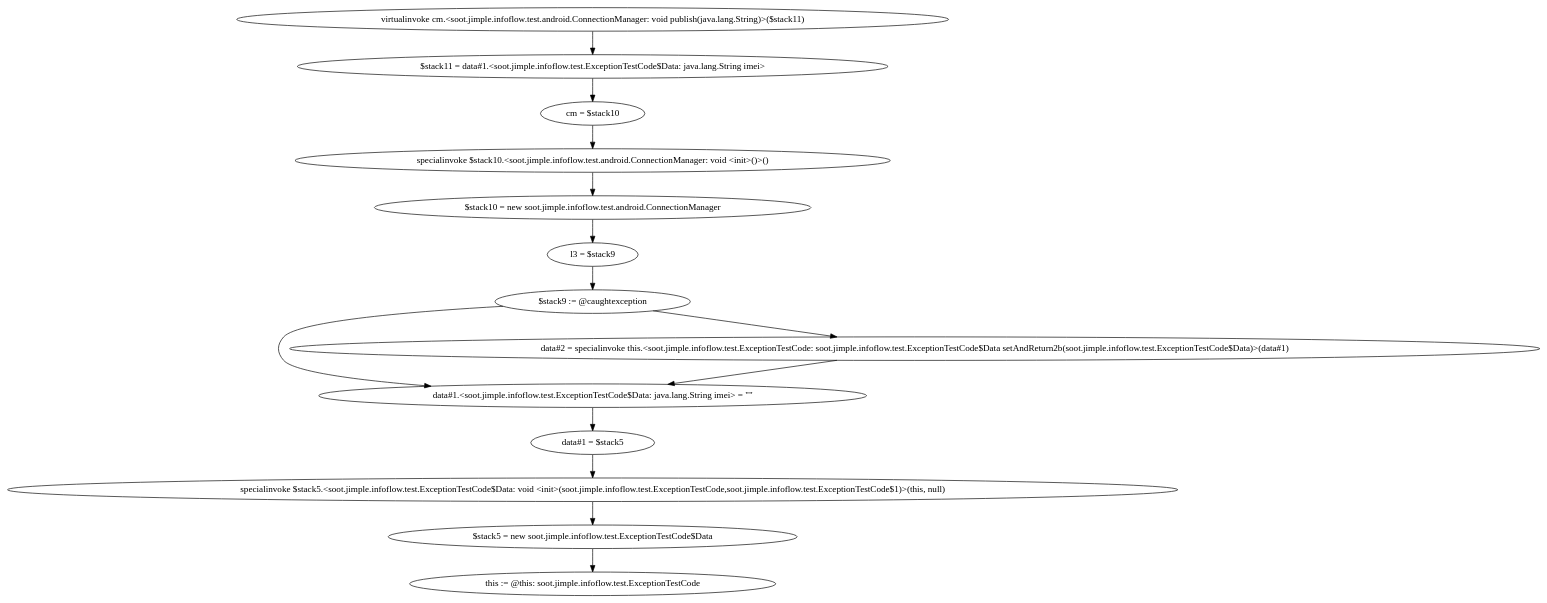
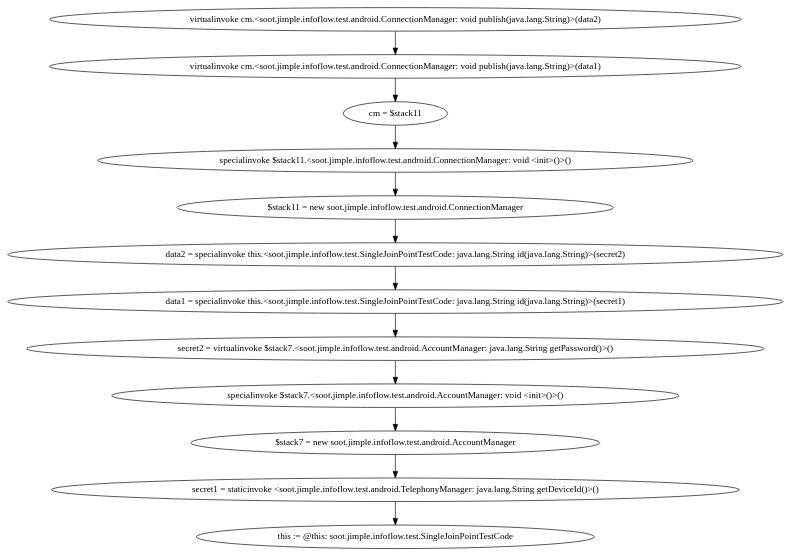
One commit to t1mlange/FlowDroid changed the diagram in soot-infoflow/dotfiles/1.dot. Above: the diagram before and after it, drawn with Graphviz. The commit also changed 11 other files, not shown here.

```diff
--- a/soot-infoflow/dotfiles/1.dot
+++ b/soot-infoflow/dotfiles/1.dot
@@ -1,28 +1,25 @@
 digraph "" {
-    "virtualinvoke cm.<soot.jimple.infoflow.test.android.ConnectionManager: void publish(java.lang.String)>($stack11)"
-    "$stack11 = data#1.<soot.jimple.infoflow.test.ExceptionTestCode$Data: java.lang.String imei>"
-    "virtualinvoke cm.<soot.jimple.infoflow.test.android.ConnectionManager: void publish(java.lang.String)>($stack11)"->"$stack11 = data#1.<soot.jimple.infoflow.test.ExceptionTestCode$Data: java.lang.String imei>";
-    "cm = $stack10"
-    "$stack11 = data#1.<soot.jimple.infoflow.test.ExceptionTestCode$Data: java.lang.String imei>"->"cm = $stack10";
-    "specialinvoke $stack10.<soot.jimple.infoflow.test.android.ConnectionManager: void <init>()>()"
-    "cm = $stack10"->"specialinvoke $stack10.<soot.jimple.infoflow.test.android.ConnectionManager: void <init>()>()";
-    "$stack10 = new soot.jimple.infoflow.test.android.ConnectionManager"
-    "specialinvoke $stack10.<soot.jimple.infoflow.test.android.ConnectionManager: void <init>()>()"->"$stack10 = new soot.jimple.infoflow.test.android.ConnectionManager";
-    "l3 = $stack9"
-    "$stack10 = new soot.jimple.infoflow.test.android.ConnectionManager"->"l3 = $stack9";
-    "$stack9 := @caughtexception"
-    "l3 = $stack9"->"$stack9 := @caughtexception";
-    "data#1.<soot.jimple.infoflow.test.ExceptionTestCode$Data: java.lang.String imei> = \"\""
-    "$stack9 := @caughtexception"->"data#1.<soot.jimple.infoflow.test.ExceptionTestCode$Data: java.lang.String imei> = \"\"";
-    "data#1 = $stack5"
-    "data#1.<soot.jimple.infoflow.test.ExceptionTestCode$Data: java.lang.String imei> = \"\""->"data#1 = $stack5";
-    "specialinvoke $stack5.<soot.jimple.infoflow.test.ExceptionTestCode$Data: void <init>(soot.jimple.infoflow.test.ExceptionTestCode,soot.jimple.infoflow.test.ExceptionTestCode$1)>(this, null)"
-    "data#1 = $stack5"->"specialinvoke $stack5.<soot.jimple.infoflow.test.ExceptionTestCode$Data: void <init>(soot.jimple.infoflow.test.ExceptionTestCode,soot.jimple.infoflow.test.ExceptionTestCode$1)>(this, null)";
-    "$stack5 = new soot.jimple.infoflow.test.ExceptionTestCode$Data"
-    "specialinvoke $stack5.<soot.jimple.infoflow.test.ExceptionTestCode$Data: void <init>(soot.jimple.infoflow.test.ExceptionTestCode,soot.jimple.infoflow.test.ExceptionTestCode$1)>(this, null)"->"$stack5 = new soot.jimple.infoflow.test.ExceptionTestCode$Data";
-    "this := @this: soot.jimple.infoflow.test.ExceptionTestCode"
-    "$stack5 = new soot.jimple.infoflow.test.ExceptionTestCode$Data"->"this := @this: soot.jimple.infoflow.test.ExceptionTestCode";
-    "data#2 = specialinvoke this.<soot.jimple.infoflow.test.ExceptionTestCode: soot.jimple.infoflow.test.ExceptionTestCode$Data setAndReturn2b(soot.jimple.infoflow.test.ExceptionTestCode$Data)>(data#1)"
-    "$stack9 := @caughtexception"->"data#2 = specialinvoke this.<soot.jimple.infoflow.test.ExceptionTestCode: soot.jimple.infoflow.test.ExceptionTestCode$Data setAndReturn2b(soot.jimple.infoflow.test.ExceptionTestCode$Data)>(data#1)";
-    "data#2 = specialinvoke this.<soot.jimple.infoflow.test.ExceptionTestCode: soot.jimple.infoflow.test.ExceptionTestCode$Data setAndReturn2b(soot.jimple.infoflow.test.ExceptionTestCode$Data)>(data#1)"->"data#1.<soot.jimple.infoflow.test.ExceptionTestCode$Data: java.lang.String imei> = \"\"";
+    "virtualinvoke cm.<soot.jimple.infoflow.test.android.ConnectionManager: void publish(java.lang.String)>(data2)"
+    "virtualinvoke cm.<soot.jimple.infoflow.test.android.ConnectionManager: void publish(java.lang.String)>(data1)"
+    "virtualinvoke cm.<soot.jimple.infoflow.test.android.ConnectionManager: void publish(java.lang.String)>(data2)"->"virtualinvoke cm.<soot.jimple.infoflow.test.android.ConnectionManager: void publish(java.lang.String)>(data1)";
+    "cm = $stack11"
+    "virtualinvoke cm.<soot.jimple.infoflow.test.android.ConnectionManager: void publish(java.lang.String)>(data1)"->"cm = $stack11";
+    "specialinvoke $stack11.<soot.jimple.infoflow.test.android.ConnectionManager: void <init>()>()"
+    "cm = $stack11"->"specialinvoke $stack11.<soot.jimple.infoflow.test.android.ConnectionManager: void <init>()>()";
+    "$stack11 = new soot.jimple.infoflow.test.android.ConnectionManager"
+    "specialinvoke $stack11.<soot.jimple.infoflow.test.android.ConnectionManager: void <init>()>()"->"$stack11 = new soot.jimple.infoflow.test.android.ConnectionManager";
+    "data2 = specialinvoke this.<soot.jimple.infoflow.test.SingleJoinPointTestCode: java.lang.String id(java.lang.String)>(secret2)"
+    "$stack11 = new soot.jimple.infoflow.test.android.ConnectionManager"->"data2 = specialinvoke this.<soot.jimple.infoflow.test.SingleJoinPointTestCode: java.lang.String id(java.lang.String)>(secret2)";
+    "data1 = specialinvoke this.<soot.jimple.infoflow.test.SingleJoinPointTestCode: java.lang.String id(java.lang.String)>(secret1)"
+    "data2 = specialinvoke this.<soot.jimple.infoflow.test.SingleJoinPointTestCode: java.lang.String id(java.lang.String)>(secret2)"->"data1 = specialinvoke this.<soot.jimple.infoflow.test.SingleJoinPointTestCode: java.lang.String id(java.lang.String)>(secret1)";
+    "secret2 = virtualinvoke $stack7.<soot.jimple.infoflow.test.android.AccountManager: java.lang.String getPassword()>()"
+    "data1 = specialinvoke this.<soot.jimple.infoflow.test.SingleJoinPointTestCode: java.lang.String id(java.lang.String)>(secret1)"->"secret2 = virtualinvoke $stack7.<soot.jimple.infoflow.test.android.AccountManager: java.lang.String getPassword()>()";
+    "specialinvoke $stack7.<soot.jimple.infoflow.test.android.AccountManager: void <init>()>()"
+    "secret2 = virtualinvoke $stack7.<soot.jimple.infoflow.test.android.AccountManager: java.lang.String getPassword()>()"->"specialinvoke $stack7.<soot.jimple.infoflow.test.android.AccountManager: void <init>()>()";
+    "$stack7 = new soot.jimple.infoflow.test.android.AccountManager"
+    "specialinvoke $stack7.<soot.jimple.infoflow.test.android.AccountManager: void <init>()>()"->"$stack7 = new soot.jimple.infoflow.test.android.AccountManager";
+    "secret1 = staticinvoke <soot.jimple.infoflow.test.android.TelephonyManager: java.lang.String getDeviceId()>()"
+    "$stack7 = new soot.jimple.infoflow.test.android.AccountManager"->"secret1 = staticinvoke <soot.jimple.infoflow.test.android.TelephonyManager: java.lang.String getDeviceId()>()";
+    "this := @this: soot.jimple.infoflow.test.SingleJoinPointTestCode"
+    "secret1 = staticinvoke <soot.jimple.infoflow.test.android.TelephonyManager: java.lang.String getDeviceId()>()"->"this := @this: soot.jimple.infoflow.test.SingleJoinPointTestCode";
 }
```
